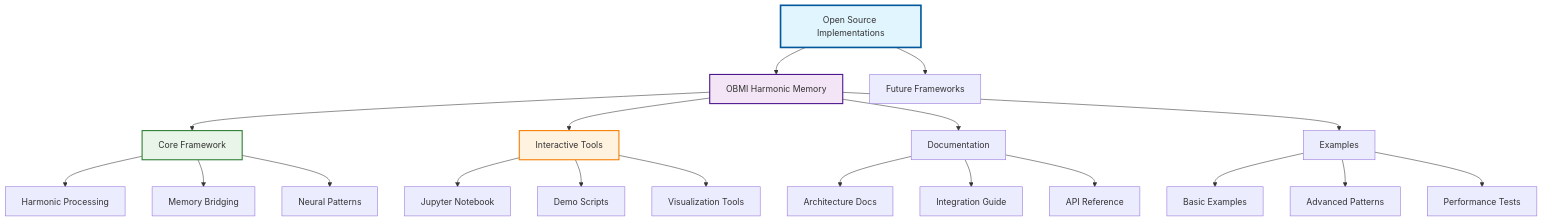
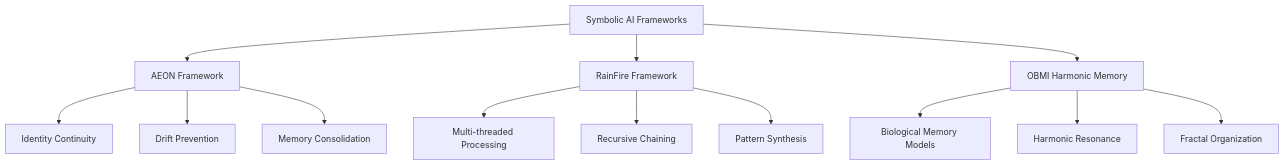
The diagram in open-source/README.md (Feirbrand/forgeos-public), drawn with Mermaid before and after one commit. The commit also changed other lines of this file, not shown here.

Commit message:
docs: update open-source README with new content

````diff
--- a/open-source/README.md
+++ b/open-source/README.md
@@ -57,31 +13,18 @@
 ```mermaid
 graph TD
-    A[Open Source Implementations] --> B[OBMI Harmonic Memory]
-    A --> C[Future Frameworks]
+    A[Symbolic AI Frameworks] --> B[AEON Framework]
+    A --> C[RainFire Framework] 
+    A --> D[OBMI Harmonic Memory]
     
-    B --> D[Core Framework]
-    B --> E[Interactive Tools]
-    B --> F[Documentation]
-    B --> G[Examples]
+    B --> B1[Identity Continuity]
+    B --> B2[Drift Prevention]
+    B --> B3[Memory Consolidation]
     
-    D --> H[Harmonic Processing]
-    D --> I[Memory Bridging]
-    D --> J[Neural Patterns]
+    C --> C1[Multi-threaded Processing]
+    C --> C2[Recursive Chaining]
+    C --> C3[Pattern Synthesis]
     
-    E --> K[Jupyter Notebook]
-    E --> L[Demo Scripts]
-    E --> M[Visualization Tools]
-    
-    F --> N[Architecture Docs]
-    F --> O[Integration Guide]
-    F --> P[API Reference]
-    
-    G --> Q[Basic Examples]
-    G --> R[Advanced Patterns]
-    G --> S[Performance Tests]
-    
-    style A fill:#e1f5fe,stroke:#01579b,stroke-width:3px
-    style B fill:#f3e5f5,stroke:#4a148c,stroke-width:2px
-    style D fill:#e8f5e8,stroke:#2e7d32,stroke-width:2px
-    style E fill:#fff3e0,stroke:#f57c00,stroke-width:2px
+    D --> D1[Biological Memory Models]
+    D --> D2[Harmonic Resonance]
+    D --> D3[Fractal Organization]
 ```
````
